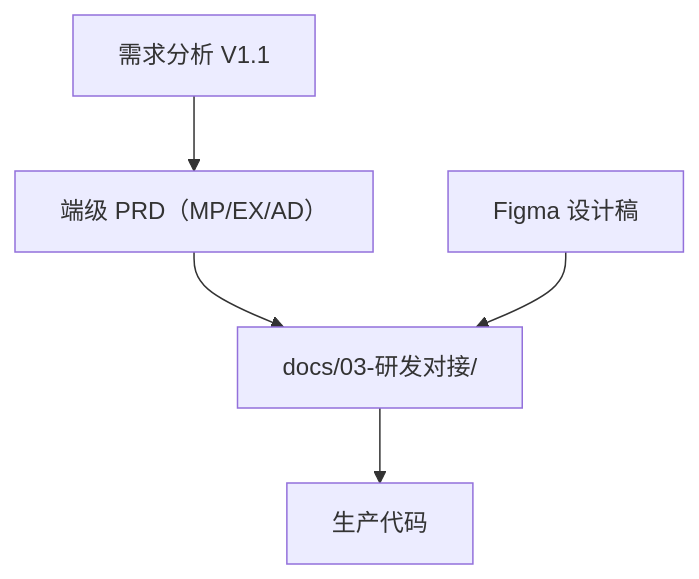
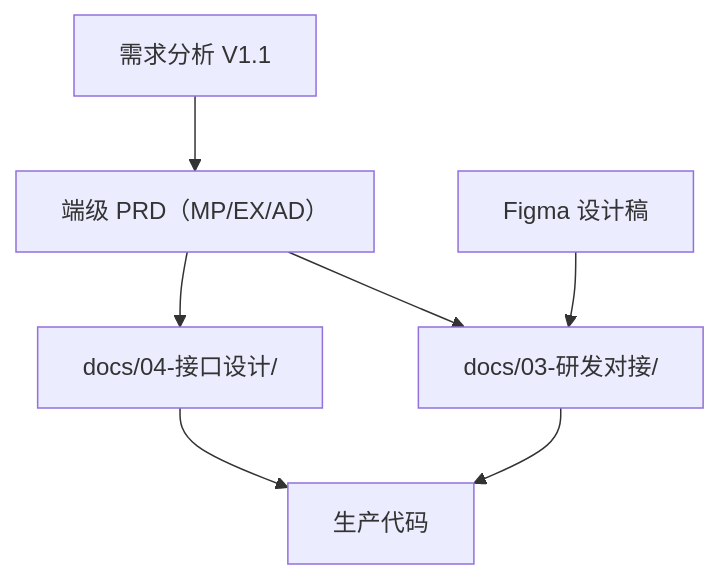
The diagram in docs/03-研发对接/00-Figma设计源说明.md (wuyu222dii/Enterprise-internal-practice-examination-system), drawn with Mermaid before and after one commit. The commit also changed other lines of this file and 13 other files, not shown here.

````diff
--- a/docs/03-研发对接/00-Figma设计源说明.md
+++ b/docs/03-研发对接/00-Figma设计源说明.md
@@ -16,7 +16,9 @@
 ```mermaid
 flowchart TD
   Req["需求分析 V1.1"] --> PRD["端级 PRD（MP/EX/AD）"]
+  PRD --> API["docs/04-接口设计/"]
   PRD --> Handoff["docs/03-研发对接/"]
   Figma["Figma 设计稿"] --> Handoff
-  Handoff --> Code["生产代码"]
+  API --> Code["生产代码"]
+  Handoff --> Code
 ```
````
